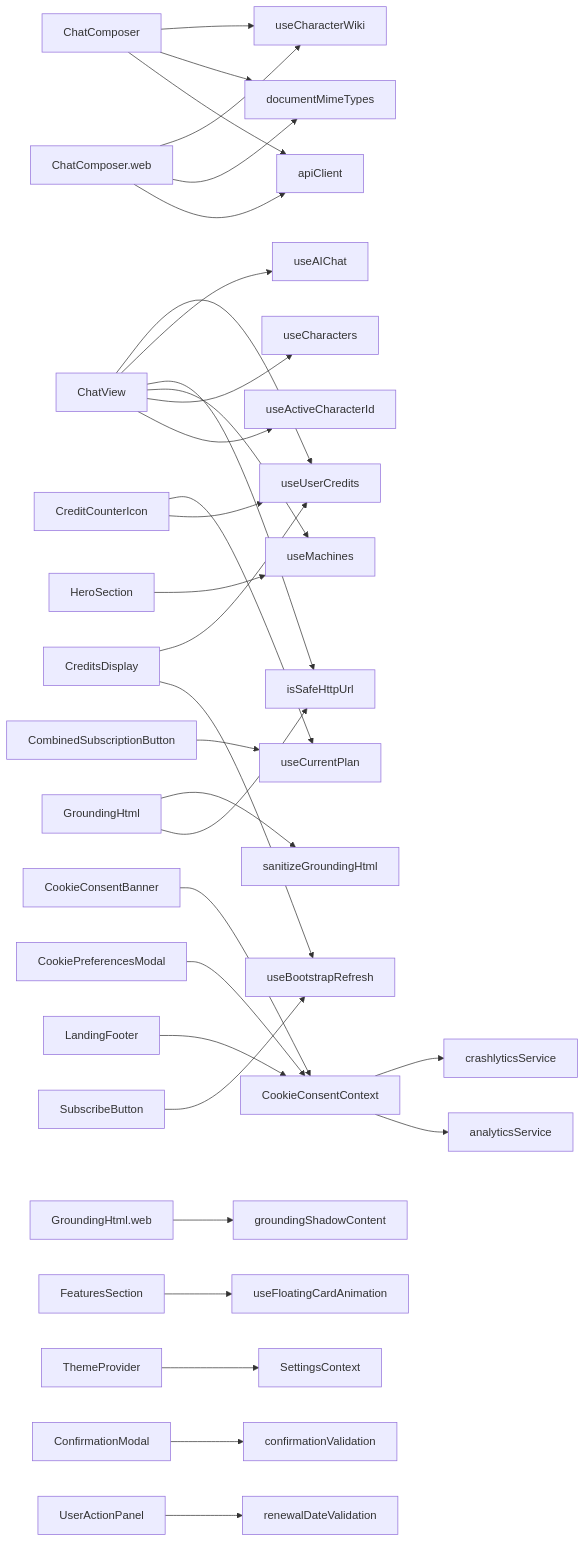
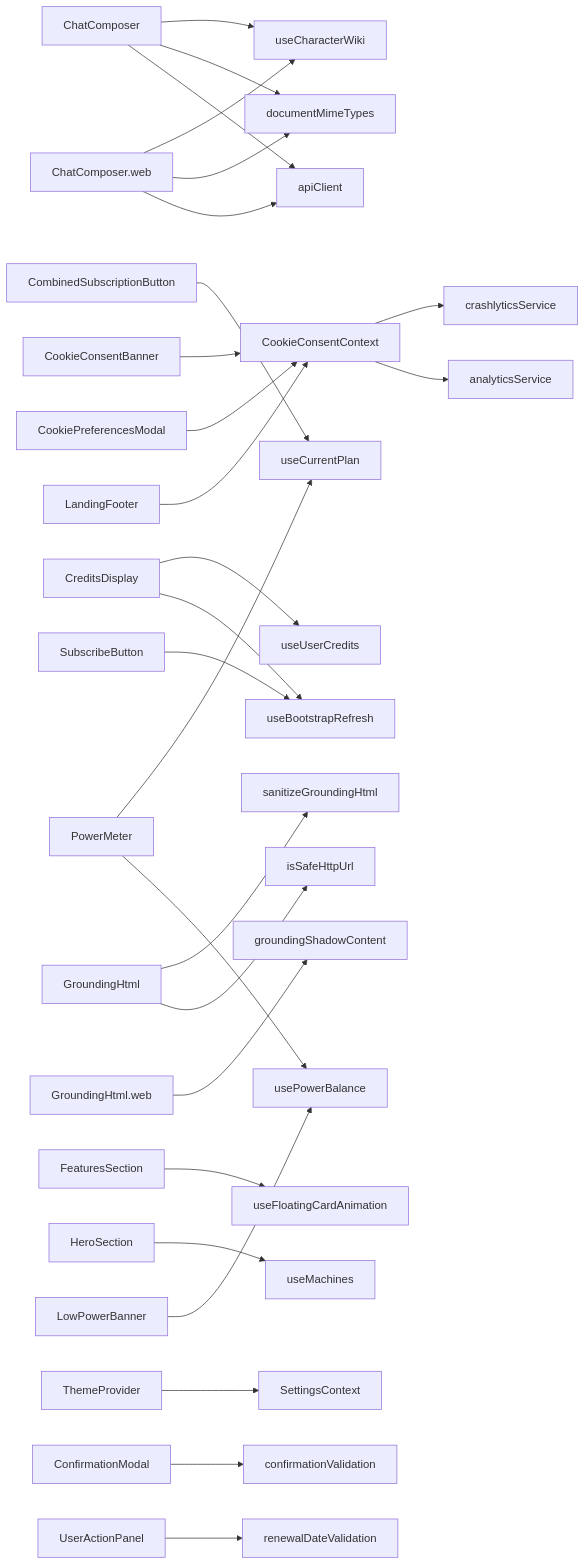
One commit to equationalapplications/clanker changed the diagram in docs/flowcharts/COMPONENTS.md. Above: the diagram before and after it, drawn with Mermaid. The commit also changed 9 other files, not shown here.

Commit message:
chore: commit pending Power meter and credit terminology updates

````diff
--- a/docs/flowcharts/COMPONENTS.md
+++ b/docs/flowcharts/COMPONENTS.md
@@ -4,34 +4,29 @@
 ```mermaid
 graph LR
   ChatComposer --> useCharacterWiki
   ChatComposer --> documentMimeTypes
   ChatComposer --> apiClient
   ChatComposer.web --> useCharacterWiki
   ChatComposer.web --> documentMimeTypes
   ChatComposer.web --> apiClient
-  ChatView --> useUserCredits
-  ChatView --> useAIChat
-  ChatView --> isSafeHttpUrl
-  ChatView --> useMachines
-  ChatView --> useCharacters
-  ChatView --> useActiveCharacterId
   CombinedSubscriptionButton --> useCurrentPlan
   CookieConsentBanner --> CookieConsentContext
   CookieConsentContext --> crashlyticsService
   CookieConsentContext --> analyticsService
   CookiePreferencesModal --> CookieConsentContext
-  CreditCounterIcon --> useCurrentPlan
-  CreditCounterIcon --> useUserCredits
   CreditsDisplay --> useUserCredits
   CreditsDisplay --> useBootstrapRefresh
   GroundingHtml --> sanitizeGroundingHtml
   GroundingHtml --> isSafeHttpUrl
   GroundingHtml.web --> groundingShadowContent
   FeaturesSection --> useFloatingCardAnimation
   HeroSection --> useMachines
   LandingFooter --> CookieConsentContext
+  LowPowerBanner --> usePowerBalance
+  PowerMeter --> useCurrentPlan
+  PowerMeter --> usePowerBalance
   SubscribeButton --> useBootstrapRefresh
   ThemeProvider --> SettingsContext
   ConfirmationModal --> confirmationValidation
   UserActionPanel --> renewalDateValidation
 ```
````
